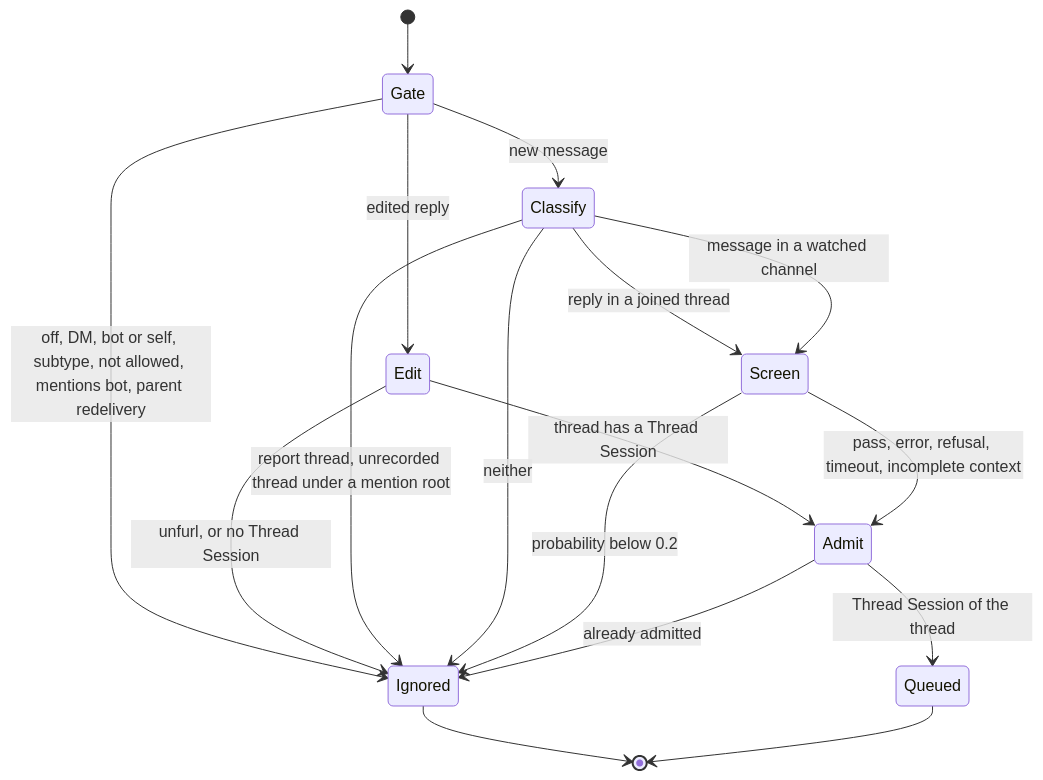
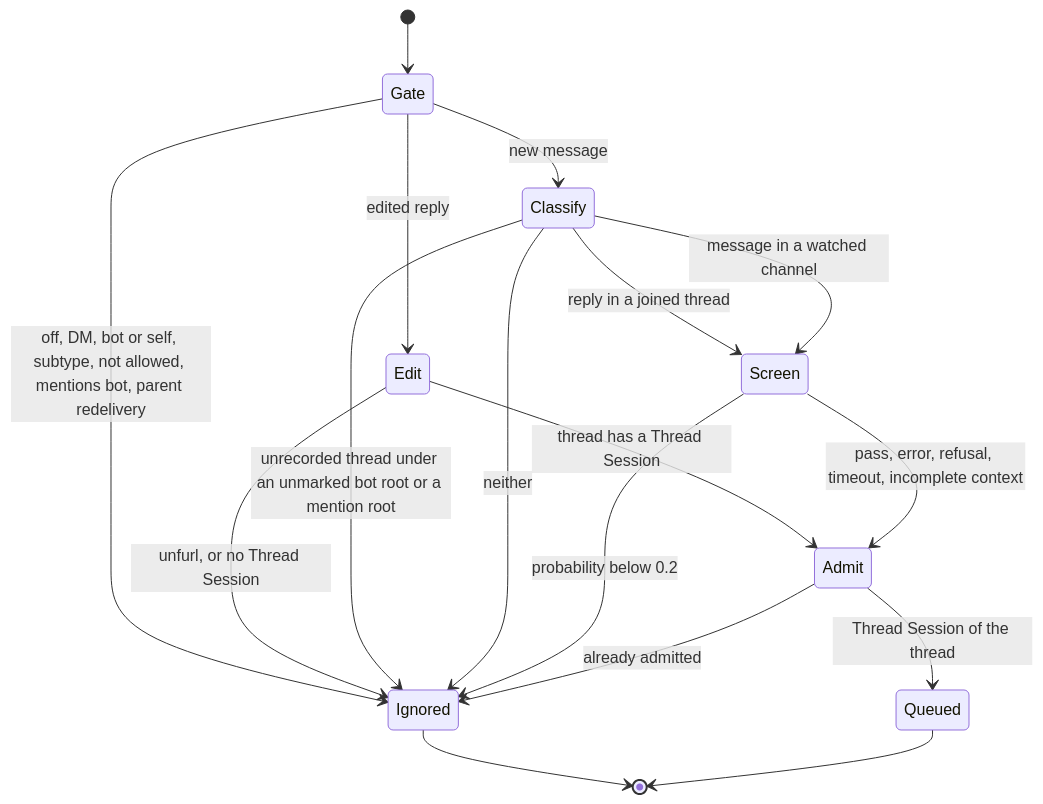
One commit to Rocketable/platform changed the second of 3 diagrams in docs/verification/slack-sticky/README.md. Above: the diagram before and after it, drawn with Mermaid. The commit also changed other lines of this file and 15 other files, not shown here.

````diff
--- a/docs/verification/slack-sticky/README.md
+++ b/docs/verification/slack-sticky/README.md
@@ -419,20 +431,20 @@
 ```mermaid
 stateDiagram-v2
     direction TB
     [*] --> Gate
     Gate --> Ignored: off, DM, bot or self, subtype, not allowed, mentions bot, parent redelivery
     Gate --> Edit: edited reply
     Gate --> Classify: new message
     Edit --> Admit: thread has a Thread Session
     Edit --> Ignored: unfurl, or no Thread Session
-    Classify --> Ignored: report thread, unrecorded thread under a mention root
+    Classify --> Ignored: unrecorded thread under an unmarked bot root or a mention root
     Classify --> Screen: reply in a joined thread
     Classify --> Screen: message in a watched channel
     Classify --> Ignored: neither
     Screen --> Ignored: probability below 0.2
     Screen --> Admit: pass, error, refusal, timeout, incomplete context
     Admit --> Ignored: already admitted
     Admit --> Queued: Thread Session of the thread
     Ignored --> [*]
     Queued --> [*]
 ```
````
